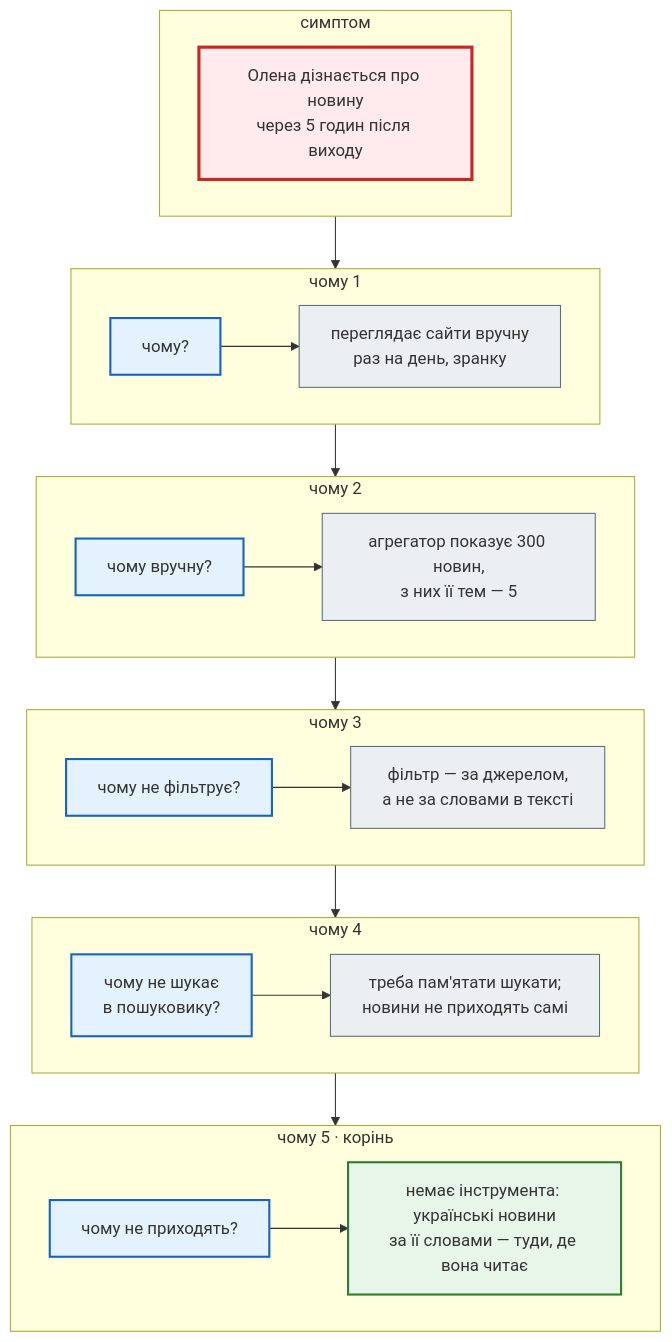
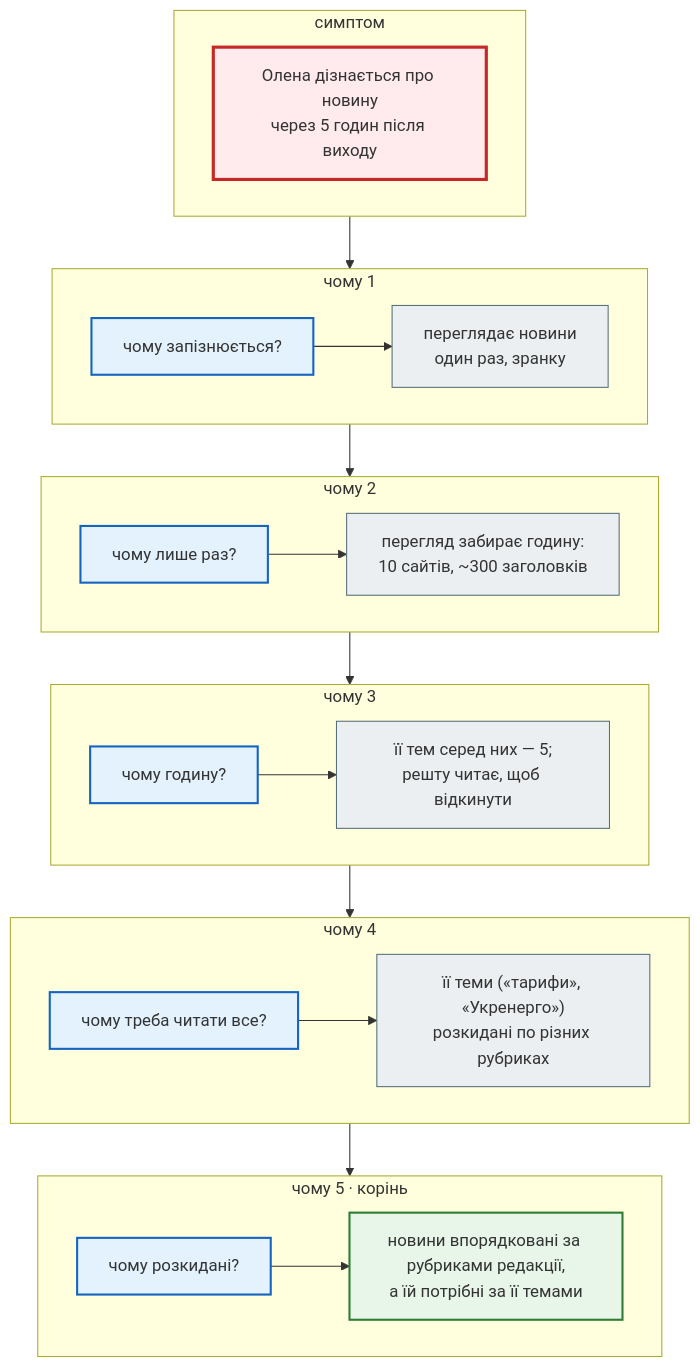
Before and after one commit to AlinaRadchenko/PY-Course-Victor-Nikoriak-22-09-2026: the second of 4 diagrams in docs/modules/m6/lesson_52.md, drawn with Mermaid. The commit also changed other lines of this file and 3 other files, not shown here.

````diff
--- a/docs/modules/m6/lesson_52.md
+++ b/docs/modules/m6/lesson_52.md
@@ -88,39 +88,39 @@
 ```mermaid
 flowchart TD
     classDef step     fill:#eceff1,stroke:#546e7a,stroke-width:1px;
     classDef decision fill:#e3f2fd,stroke:#1565c0,stroke-width:2px;
     classDef success  fill:#e8f5e9,stroke:#2e7d32,stroke-width:2px;
     classDef error    fill:#ffebee,stroke:#c62828,stroke-width:3px;
     classDef warning  fill:#fff8e1,stroke:#e65100,stroke-width:2px;
 
     subgraph W0["симптом"]
         direction LR
         S0["Олена дізнається про новину<br>через 5 годин після виходу"]
     end
     subgraph W1["чому 1"]
         direction LR
-        A1["чому?"] --> B1["переглядає сайти вручну<br>раз на день, зранку"]
+        A1["чому запізнюється?"] --> B1["переглядає новини<br>один раз, зранку"]
     end
     subgraph W2["чому 2"]
         direction LR
-        A2["чому вручну?"] --> B2["агрегатор показує 300 новин,<br>з них її тем — 5"]
+        A2["чому лише раз?"] --> B2["перегляд забирає годину:<br>10 сайтів, ~300 заголовків"]
     end
     subgraph W3["чому 3"]
         direction LR
-        A3["чому не фільтрує?"] --> B3["фільтр — за джерелом,<br>а не за словами в тексті"]
+        A3["чому годину?"] --> B3["її тем серед них — 5;<br>решту читає, щоб відкинути"]
     end
     subgraph W4["чому 4"]
         direction LR
-        A4["чому не шукає<br>в пошуковику?"] --> B4["треба пам'ятати шукати;<br>новини не приходять самі"]
+        A4["чому треба читати все?"] --> B4["її теми («тарифи», «Укренерго»)<br>розкидані по різних рубриках"]
     end
     subgraph W5["чому 5 · корінь"]
         direction LR
-        A5["чому не приходять?"] --> B5["немає інструмента: українські новини<br>за її словами — туди, де вона читає"]
+        A5["чому розкидані?"] --> B5["новини впорядковані за рубриками редакції,<br>а їй потрібні за її темами"]
     end
     W0 --> W1 --> W2 --> W3 --> W4 --> W5
 
     class S0 error
     class A1,A2,A3,A4,A5 decision
     class B1,B2,B3,B4 step
     class B5 success
 ```
````
